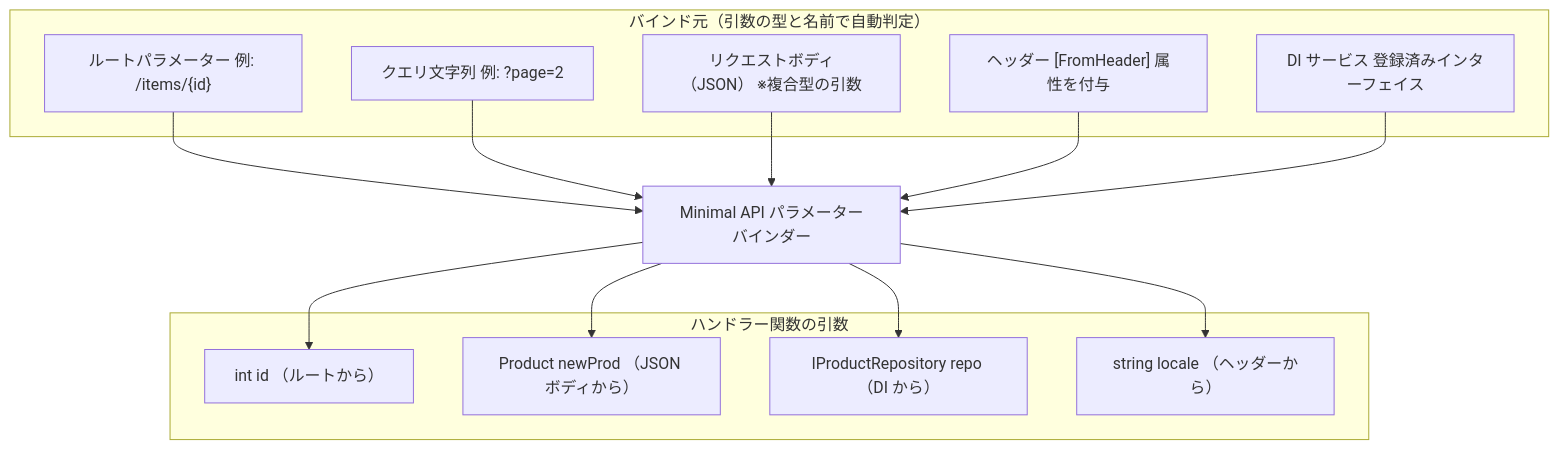
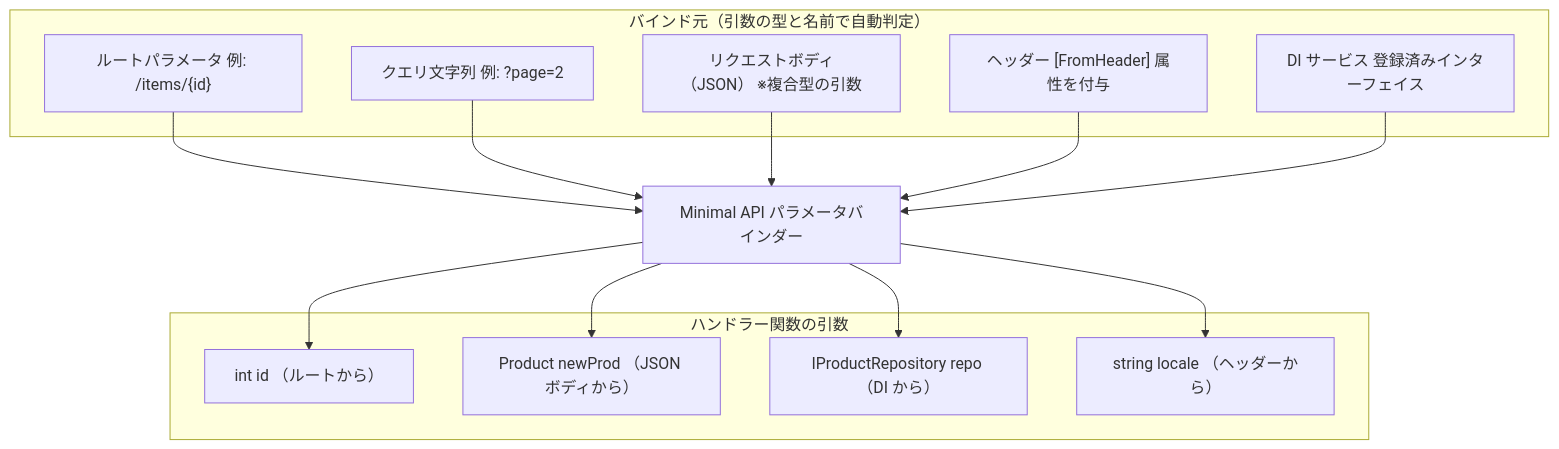
The second of 3 diagrams in docs/04-minimal-api.md (microsoft/aspnetcore-ja-handbook), drawn with Mermaid before and after one commit. The commit also changed other lines of this file and 1 other file, not shown here.

Commit message:
用語の統一を図り、「パラメーター」を「パラメータ」に修正

````diff
--- a/docs/04-minimal-api.md
+++ b/docs/04-minimal-api.md
@@ -244,26 +244,26 @@
 ```mermaid
 flowchart TD
     subgraph sources ["バインド元（引数の型と名前で自動判定）"]
-        R["ルートパラメーター 例: /items/{id}"]
+        R["ルートパラメータ 例: /items/{id}"]
         Q["クエリ文字列 例: ?page=2"]
         B["リクエストボディ（JSON） ※複合型の引数"]
         H["ヘッダー [FromHeader] 属性を付与"]
         S["DI サービス 登録済みインターフェイス"]
     end
-    Binder["Minimal API パラメーターバインダー"]
+    Binder["Minimal API パラメータバインダー"]
     subgraph args ["ハンドラー関数の引数"]
         A1["int id （ルートから）"]
         A2["Product newProd （JSON ボディから）"]
         A3["IProductRepository repo （DI から）"]
         A4["string locale （ヘッダーから）"]
     end
     R --> Binder
     Q --> Binder
     B --> Binder
     H --> Binder
     S --> Binder
     Binder --> A1
     Binder --> A2
     Binder --> A3
     Binder --> A4
 ```
````
